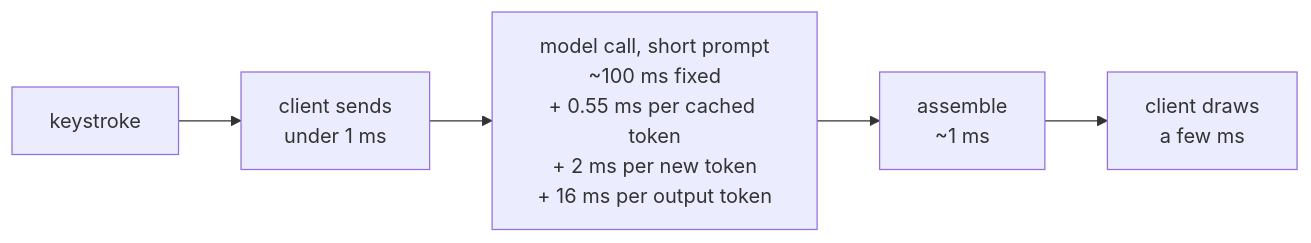
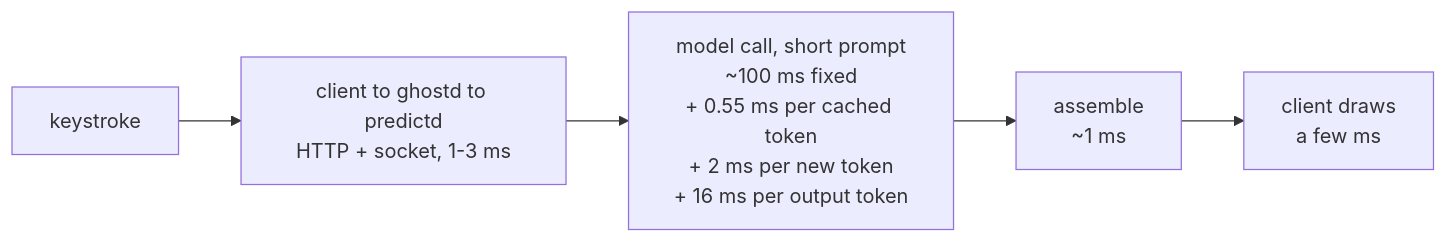
The diagram in docs/PERFORMANCE.md (FreemanX/Homeword), drawn with Mermaid before and after one commit. The commit also changed other lines of this file and 11 other files, not shown here.

````diff
--- a/docs/PERFORMANCE.md
+++ b/docs/PERFORMANCE.md
@@ -21,7 +21,7 @@
 ```mermaid
 flowchart LR
-    key["keystroke"] --> send["client sends<br/>under 1 ms"]
+    key["keystroke"] --> send["client to ghostd to predictd<br/>HTTP + socket, 1-3 ms"]
     send --> model["model call, short prompt<br/>~100 ms fixed<br/>+ 0.55 ms per cached token<br/>+ 2 ms per new token<br/>+ 16 ms per output token"]
     model --> asm["assemble<br/>~1 ms"]
     asm --> draw["client draws<br/>a few ms"]
 ```
````
